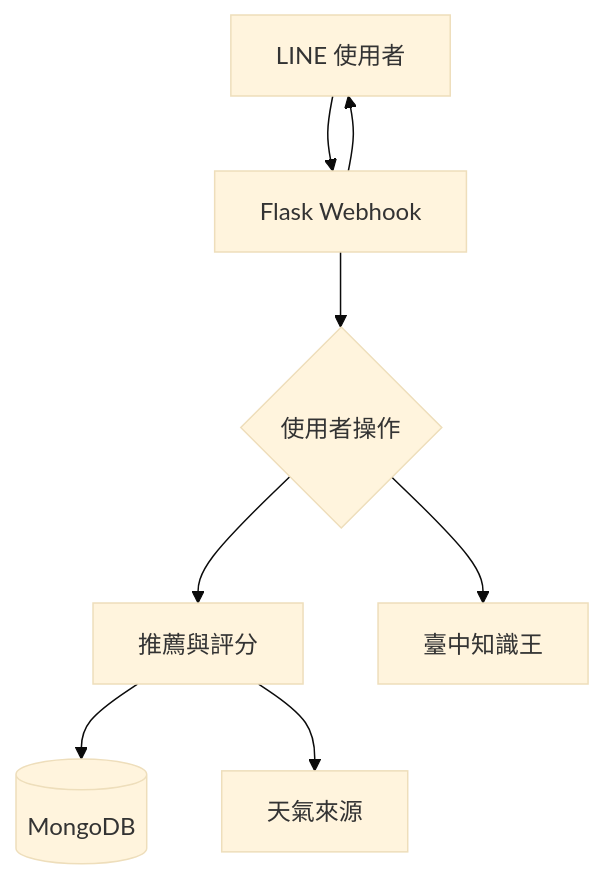
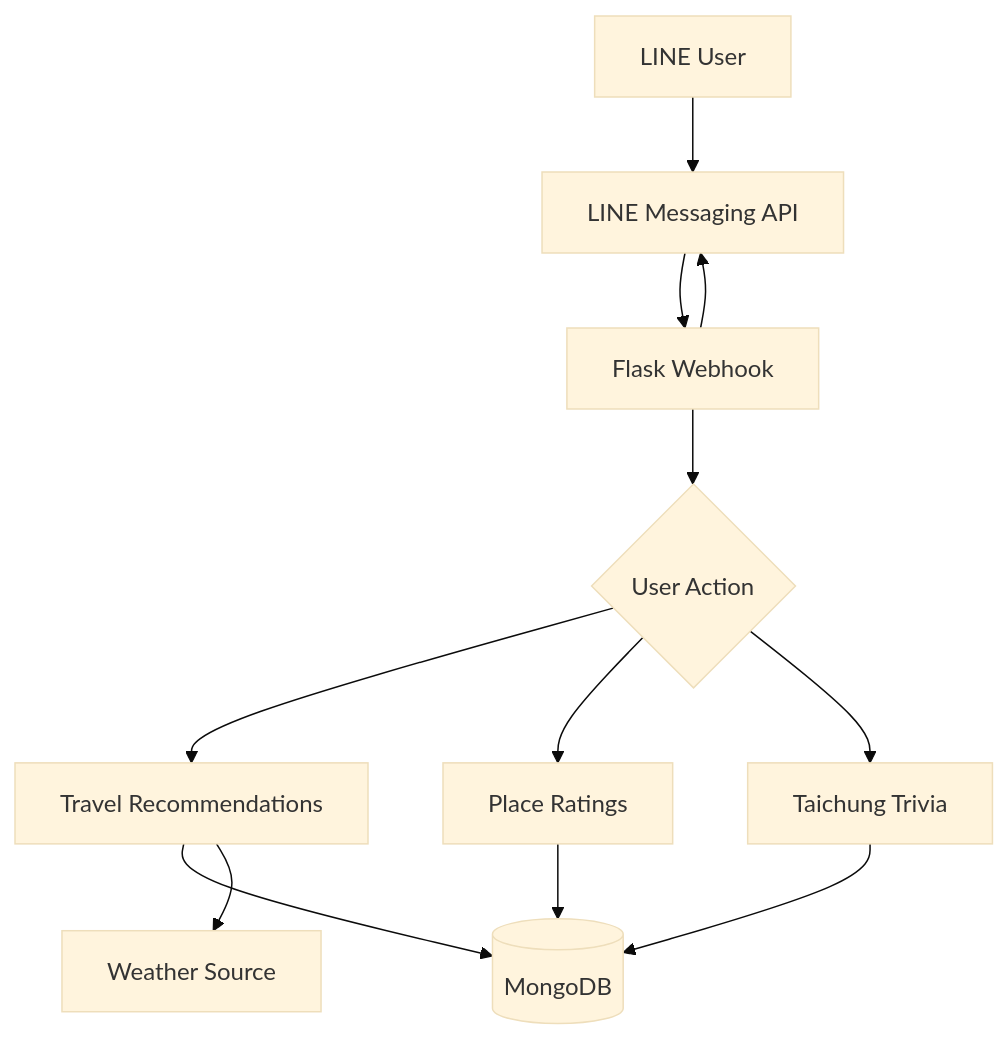
One commit to simoneyc/taichung-travel-linebot changed the diagram in README.md. Above: the diagram before and after it, drawn with Mermaid (base theme). The commit also changed other lines of this file, not shown here.

````diff
--- a/README.md
+++ b/README.md
@@ -27,10 +33,14 @@
 ```mermaid
 flowchart TD
-    A[LINE 使用者] --> B[Flask Webhook]
-    B --> C{使用者操作}
-    C --> D[推薦與評分]
-    C --> E[臺中知識王]
-    D --> F[(MongoDB)]
-    D --> G[天氣來源]
-    B --> A
+    A[LINE User] --> B[LINE Messaging API]
+    B --> C[Flask Webhook]
+    C --> D{User Action}
+    D --> E[Travel Recommendations]
+    D --> F[Place Ratings]
+    D --> G[Taichung Trivia]
+    E --> H[(MongoDB)]
+    F --> H
+    G --> H
+    E --> I[Weather Source]
+    C --> B
 ```
````
